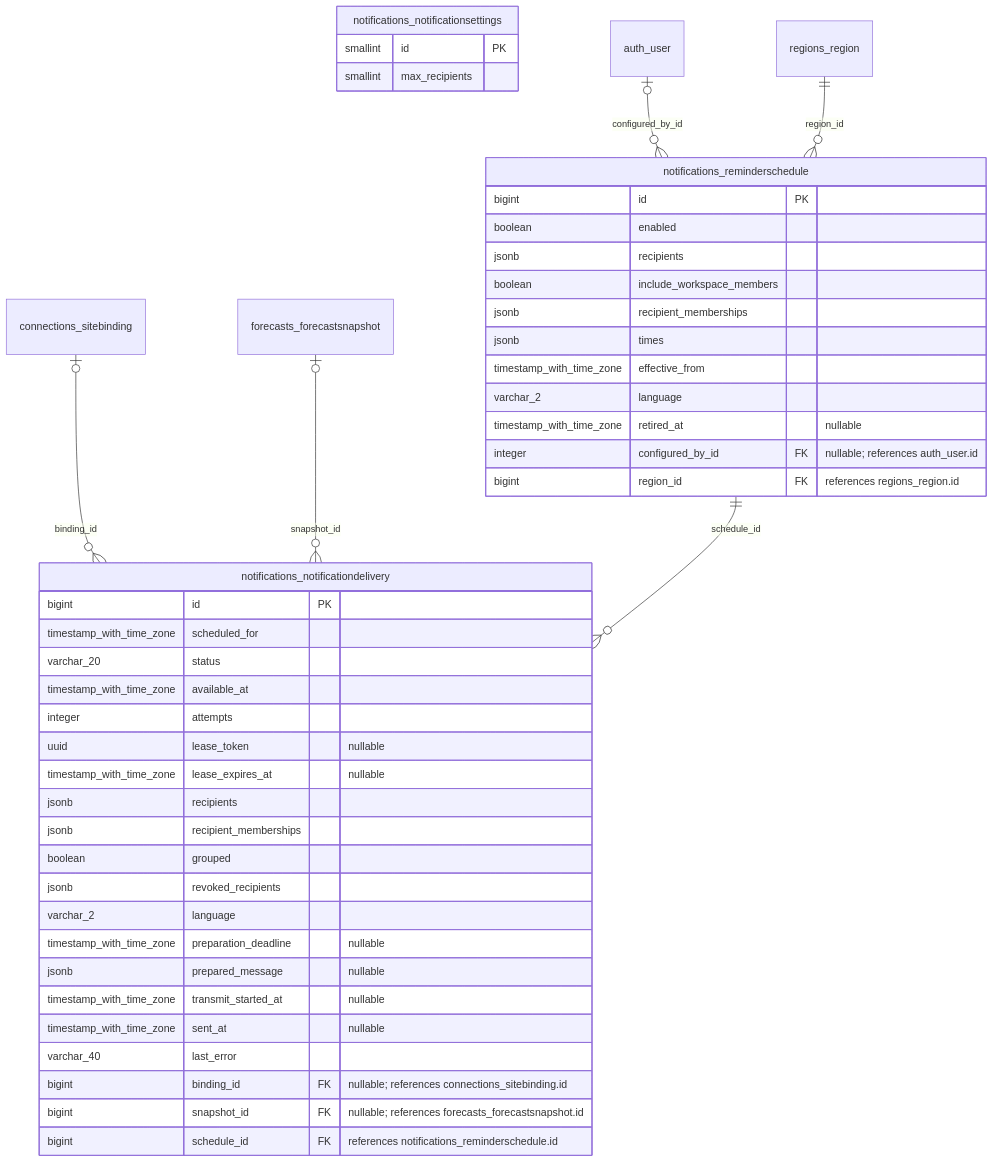
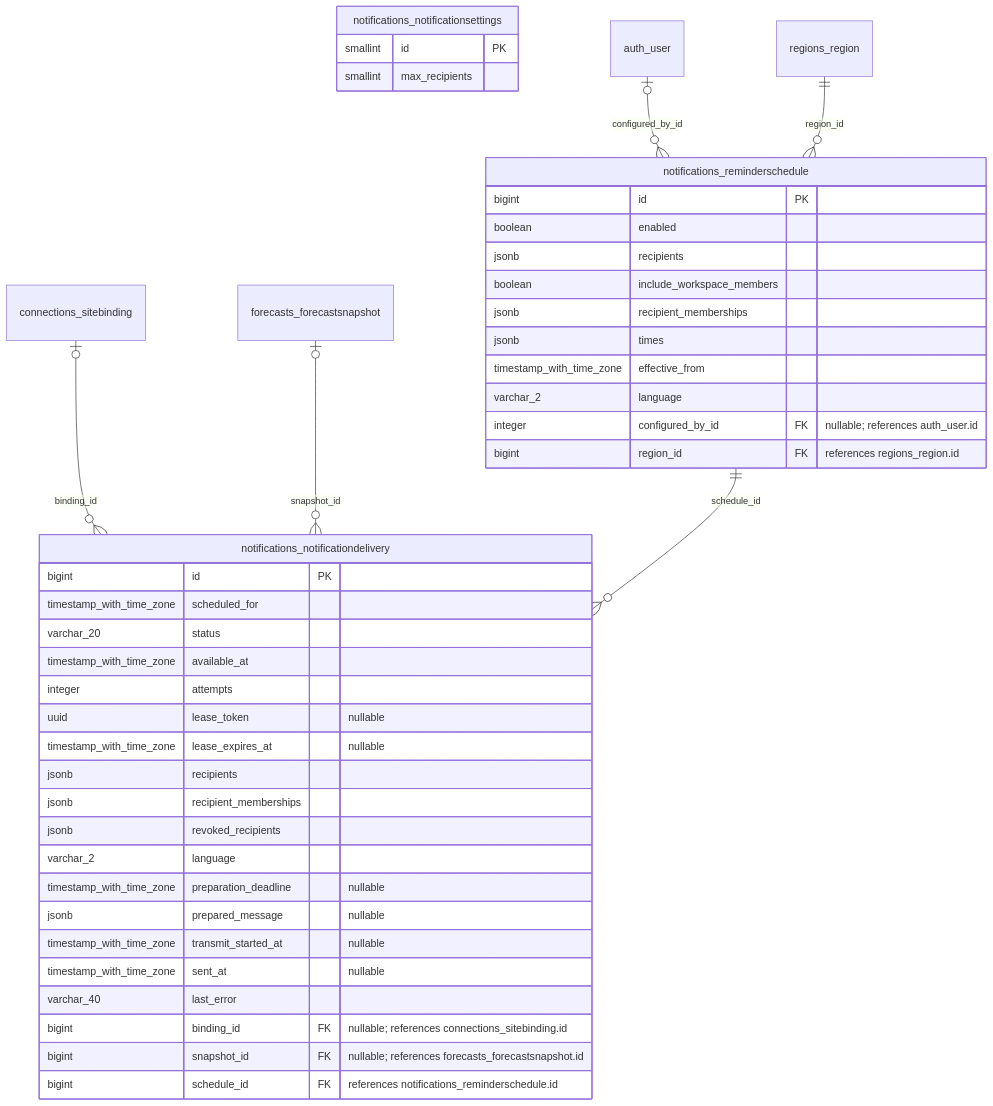
The eighth of 18 diagrams in docs/DATA_MODEL.md (erkurtharun/pyracast), drawn with Mermaid before and after one commit. The commit also changed other lines of this file and 98 other files, not shown here.

````diff
--- a/docs/DATA_MODEL.md
+++ b/docs/DATA_MODEL.md
@@ -861,47 +860,45 @@
 ```mermaid
 erDiagram
     notifications_notificationdelivery {
         bigint id PK
         timestamp_with_time_zone scheduled_for
         varchar_20 status
         timestamp_with_time_zone available_at
         integer attempts
         uuid lease_token "nullable"
         timestamp_with_time_zone lease_expires_at "nullable"
         jsonb recipients
         jsonb recipient_memberships
-        boolean grouped
         jsonb revoked_recipients
         varchar_2 language
         timestamp_with_time_zone preparation_deadline "nullable"
         jsonb prepared_message "nullable"
         timestamp_with_time_zone transmit_started_at "nullable"
         timestamp_with_time_zone sent_at "nullable"
         varchar_40 last_error
         bigint binding_id FK "nullable; references connections_sitebinding.id"
         bigint snapshot_id FK "nullable; references forecasts_forecastsnapshot.id"
         bigint schedule_id FK "references notifications_reminderschedule.id"
     }
     notifications_notificationsettings {
         smallint id PK
         smallint max_recipients
     }
     notifications_reminderschedule {
         bigint id PK
         boolean enabled
         jsonb recipients
         boolean include_workspace_members
         jsonb recipient_memberships
         jsonb times
         timestamp_with_time_zone effective_from
         varchar_2 language
-        timestamp_with_time_zone retired_at "nullable"
         integer configured_by_id FK "nullable; references auth_user.id"
         bigint region_id FK "references regions_region.id"
     }
     connections_sitebinding |o--o{ notifications_notificationdelivery : "binding_id"
     forecasts_forecastsnapshot |o--o{ notifications_notificationdelivery : "snapshot_id"
     notifications_reminderschedule ||--o{ notifications_notificationdelivery : "schedule_id"
     auth_user |o--o{ notifications_reminderschedule : "configured_by_id"
     regions_region ||--o{ notifications_reminderschedule : "region_id"
 ```
````
